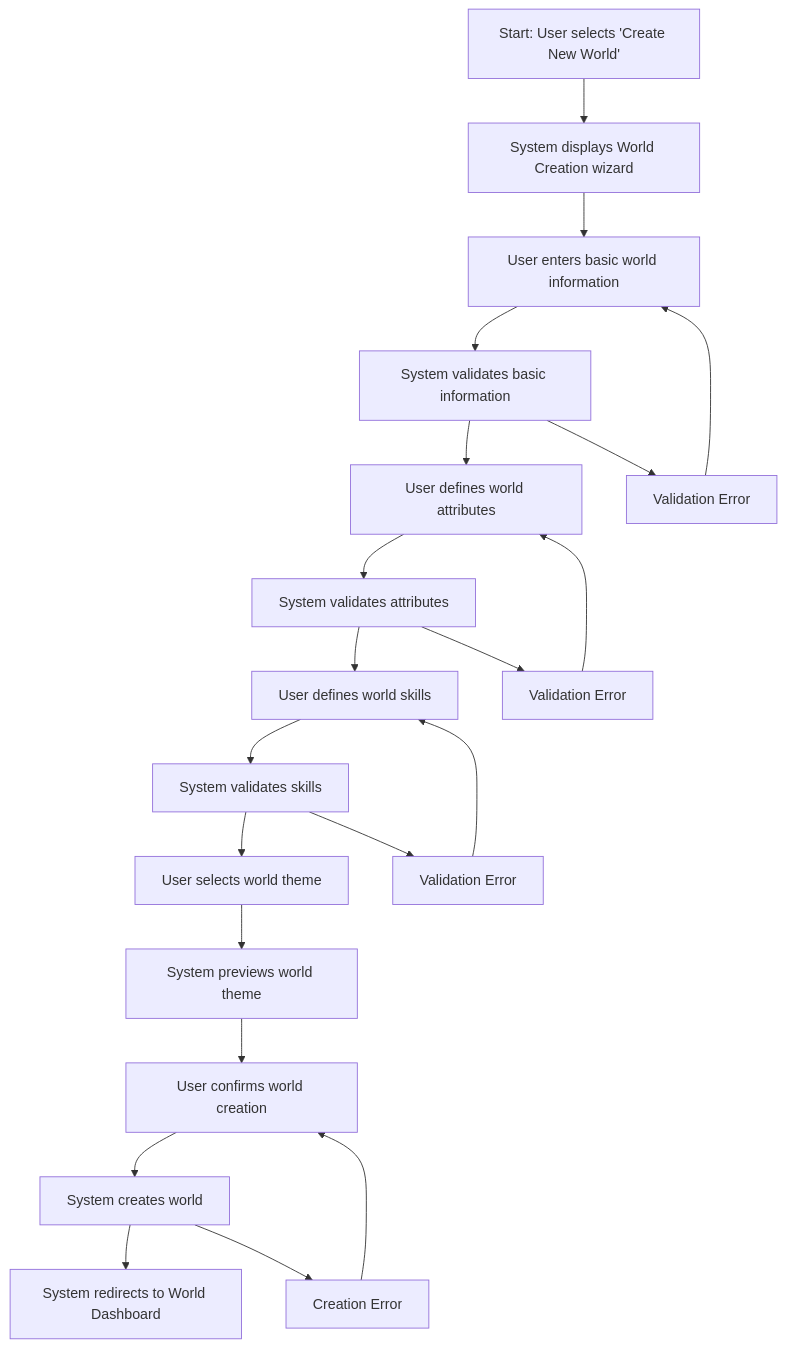
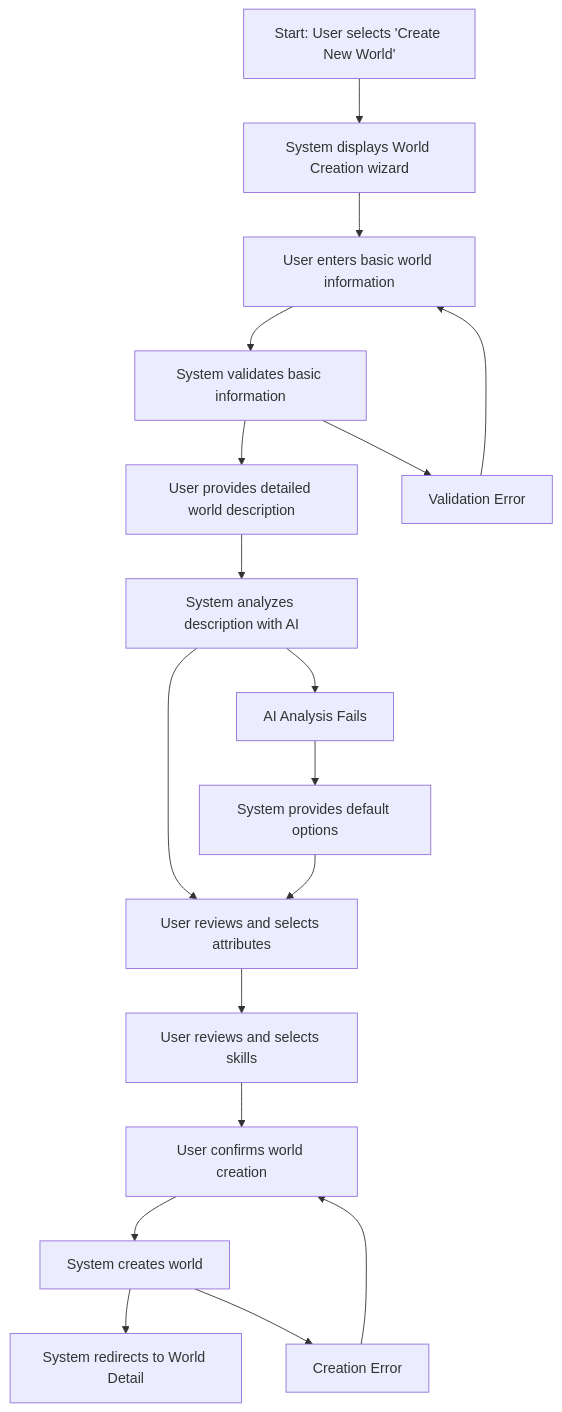
The diagram in docs/flows/world-creation-flow.md (jerseycheese/Narraitor), drawn with Mermaid before and after one commit. The commit also changed other lines of this file and 49 other files, not shown here.

First line of the commit message:
feat(world): complete world creation wizard implementation

````diff
--- a/docs/flows/world-creation-flow.md
+++ b/docs/flows/world-creation-flow.md
@@ -20,27 +20,23 @@
 ```mermaid
 flowchart TD
     A[Start: User selects 'Create New World'] --> B[System displays World Creation wizard]
     B --> C[User enters basic world information]
     C --> D[System validates basic information]
-    D --> E[User defines world attributes]
-    E --> F[System validates attributes]
-    F --> G[User defines world skills]
-    G --> H[System validates skills]
-    H --> I[User selects world theme]
-    I --> J[System previews world theme]
-    J --> K[User confirms world creation]
-    K --> L[System creates world]
-    L --> M[System redirects to World Dashboard]
+    D --> E[User provides detailed world description]
+    E --> F[System analyzes description with AI]
+    F --> G[User reviews and selects attributes]
+    G --> H[User reviews and selects skills]
+    H --> I[User confirms world creation]
+    I --> J[System creates world]
+    J --> K[System redirects to World Detail]
     
     D --> D1[Validation Error]
     D1 --> C
     
-    F --> F1[Validation Error]
-    F1 --> E
+    F --> F1[AI Analysis Fails]
+    F1 --> F2[System provides default options]
+    F2 --> G
     
-    H --> H1[Validation Error]
-    H1 --> G
-    
-    L --> L1[Creation Error]
-    L1 --> K
+    J --> J1[Creation Error]
+    J1 --> I
 ```
````
